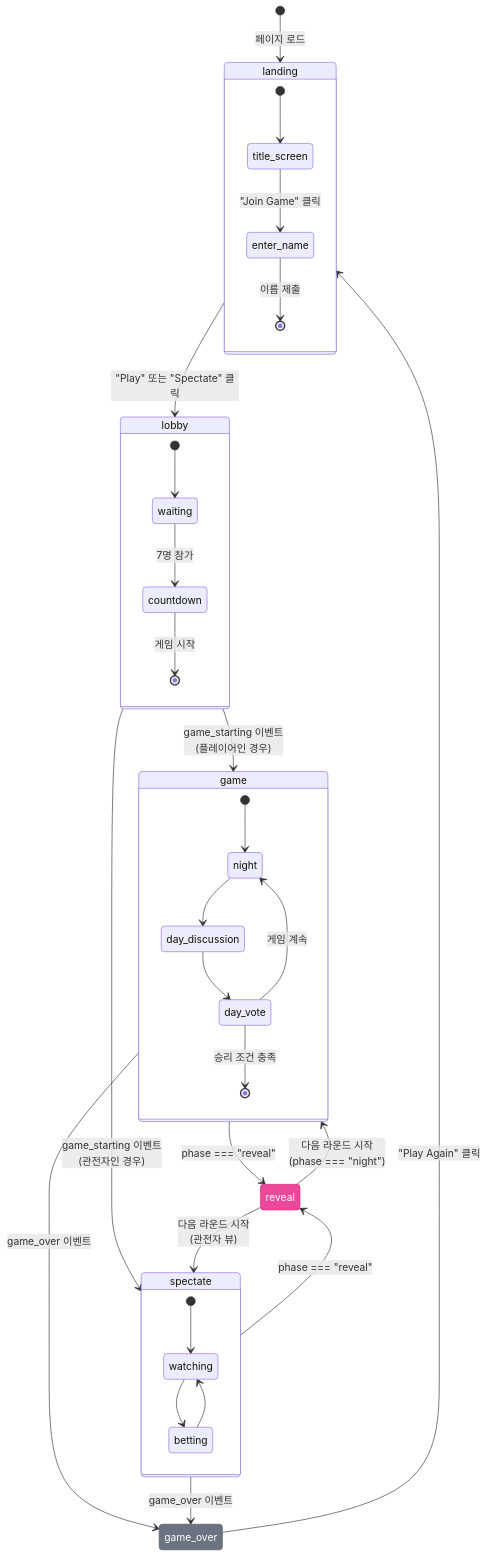
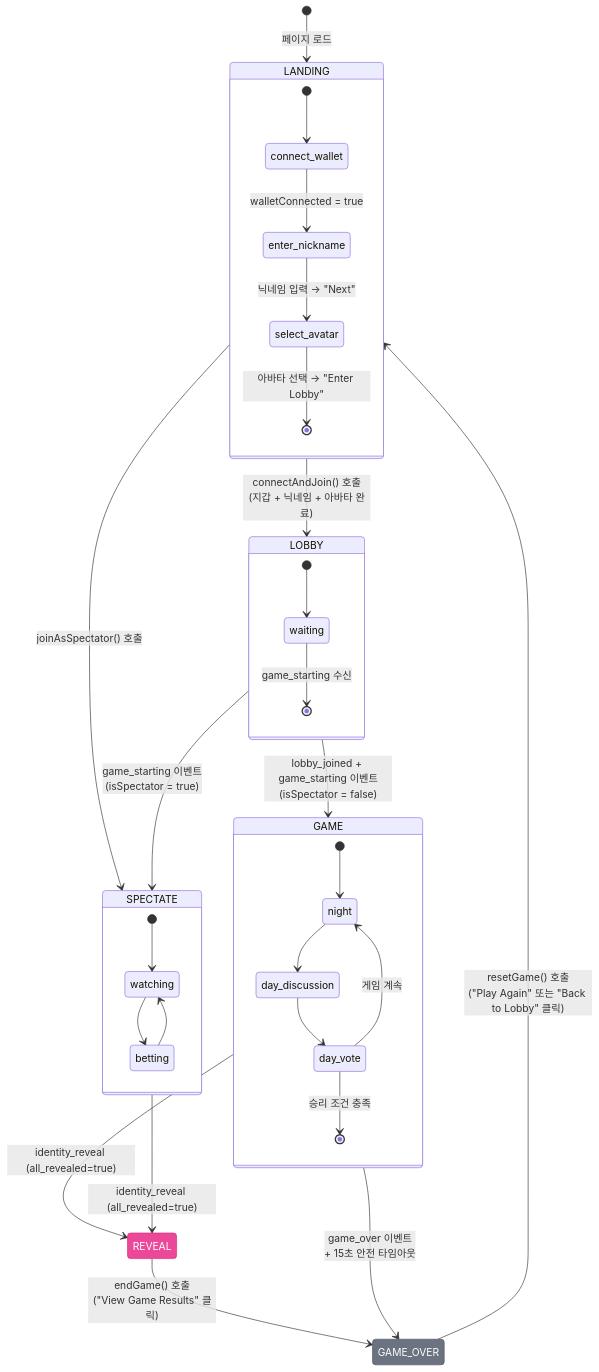
Before and after one commit to 0xarkstar/mafi-AI: the fifth of 6 diagrams in docs/USERFLOW.ko.md, drawn with Mermaid. The commit also changed other lines of this file and 3 other files, not shown here.

````diff
--- a/docs/USERFLOW.ko.md
+++ b/docs/USERFLOW.ko.md
@@ -467,53 +510,52 @@
 ```mermaid
 stateDiagram-v2
-    [*] --> landing: 페이지 로드
+    [*] --> LANDING: 페이지 로드
 
-    landing --> lobby: "Play" 또는 "Spectate" 클릭
+    LANDING --> LOBBY: connectAndJoin() 호출<br/>(지갑 + 닉네임 + 아바타 완료)
+    LANDING --> SPECTATE: joinAsSpectator() 호출
 
-    lobby --> game: game_starting 이벤트<br/>(플레이어인 경우)
-    lobby --> spectate: game_starting 이벤트<br/>(관전자인 경우)
+    LOBBY --> GAME: lobby_joined + game_starting 이벤트<br/>(isSpectator = false)
+    LOBBY --> SPECTATE: game_starting 이벤트<br/>(isSpectator = true)
 
-    game --> reveal: phase === "reveal"
-    spectate --> reveal: phase === "reveal"
+    GAME --> REVEAL: identity_reveal (all_revealed=true)
+    SPECTATE --> REVEAL: identity_reveal (all_revealed=true)
 
-    reveal --> game: 다음 라운드 시작<br/>(phase === "night")
-    reveal --> spectate: 다음 라운드 시작<br/>(관전자 뷰)
+    REVEAL --> GAME_OVER: endGame() 호출<br/>("View Game Results" 클릭)
 
-    game --> game_over: game_over 이벤트
-    spectate --> game_over: game_over 이벤트
+    GAME --> GAME_OVER: game_over 이벤트<br/>+ 15초 안전 타임아웃
 
-    game_over --> landing: "Play Again" 클릭
+    GAME_OVER --> LANDING: resetGame() 호출<br/>("Play Again" 또는 "Back to Lobby" 클릭)
 
-    state landing {
-        [*] --> title_screen
-        title_screen --> enter_name: "Join Game" 클릭
-        enter_name --> [*]: 이름 제출
+    state LANDING {
+        [*] --> connect_wallet
+        connect_wallet --> enter_nickname: walletConnected = true
+        enter_nickname --> select_avatar: 닉네임 입력 → "Next"
+        select_avatar --> [*]: 아바타 선택 → "Enter Lobby"
     }
 
-    state lobby {
+    state LOBBY {
         [*] --> waiting
-        waiting --> countdown: 7명 참가
-        countdown --> [*]: 게임 시작
+        waiting --> [*]: game_starting 수신
     }
 
-    state game {
+    state GAME {
         [*] --> night
         night --> day_discussion
         day_discussion --> day_vote
         day_vote --> night: 게임 계속
         day_vote --> [*]: 승리 조건 충족
     }
 
-    state spectate {
+    state SPECTATE {
         [*] --> watching
         watching --> betting
         betting --> watching
     }
 
-    style landing fill:#3b82f6,stroke:#1e40af,color:#fff
-    style lobby fill:#10b981,stroke:#059669,color:#fff
-    style game fill:#f59e0b,stroke:#d97706,color:#000
-    style spectate fill:#8b5cf6,stroke:#7c3aed,color:#fff
-    style reveal fill:#ec4899,stroke:#db2777,color:#fff
-    style game_over fill:#6b7280,stroke:#4b5563,color:#fff
+    style LANDING fill:#3b82f6,stroke:#1e40af,color:#fff
+    style LOBBY fill:#10b981,stroke:#059669,color:#fff
+    style GAME fill:#f59e0b,stroke:#d97706,color:#000
+    style SPECTATE fill:#8b5cf6,stroke:#7c3aed,color:#fff
+    style REVEAL fill:#ec4899,stroke:#db2777,color:#fff
+    style GAME_OVER fill:#6b7280,stroke:#4b5563,color:#fff
 ```
````
